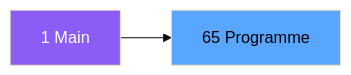
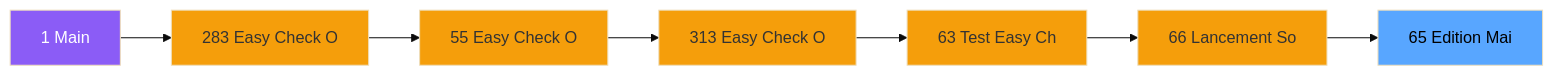
The second of 3 diagrams in .openspec/specs/ADH-IDE-65.md (thonyAGP/magic-migration), drawn with Mermaid (base theme) before and after one commit. The commit also changed other lines of this file and 323 other files, not shown here.

````diff
--- a/.openspec/specs/ADH-IDE-65.md
+++ b/.openspec/specs/ADH-IDE-65.md
@@ -105,8 +115,23 @@
 ```mermaid
 graph LR
     M[1 Main]
-    T[65 Programme]
-    M --> T
+    N283[283 Easy Check O]
+    N55[55 Easy Check O]
+    N313[313 Easy Check O]
+    N63[63 Test Easy Ch]
+    N66[66 Lancement So]
+    T[65 Edition  Mai]
+    M --> N283
+    N283 --> N55
+    N55 --> N313
+    N313 --> N63
+    N63 --> N66
+    N66 --> T
     style M fill:#8b5cf6,color:#fff
+    style N283 fill:#f59e0b
+    style N55 fill:#f59e0b
+    style N313 fill:#f59e0b
+    style N63 fill:#f59e0b
+    style N66 fill:#f59e0b
     style T fill:#58a6ff,color:#000
 ```
````
